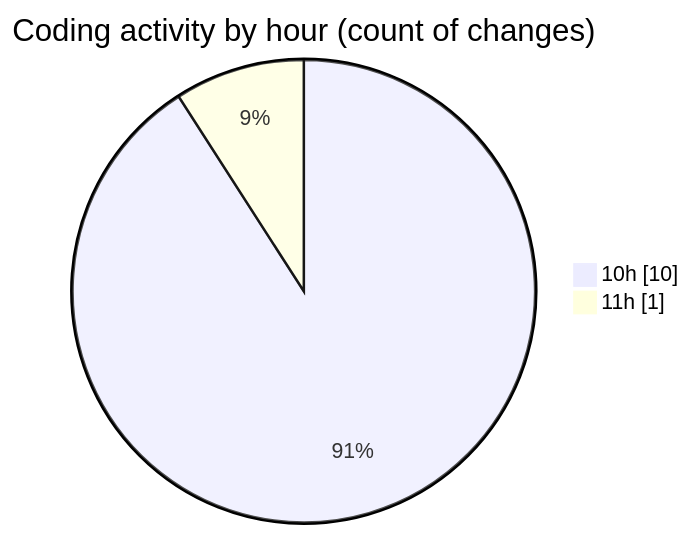
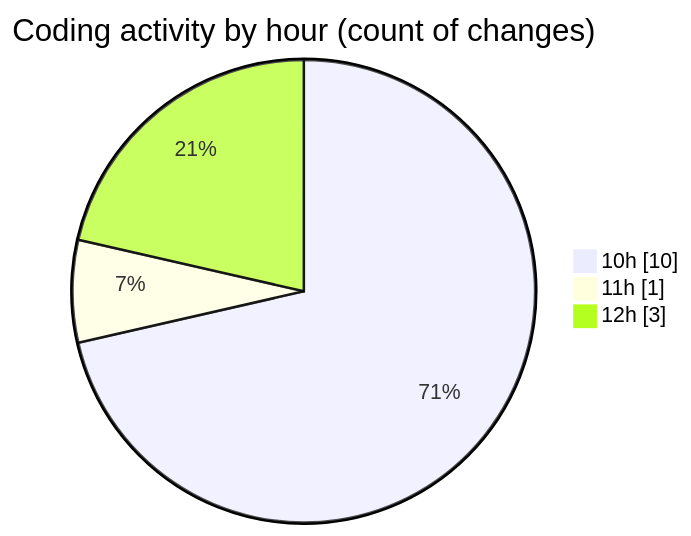
The second of 2 diagrams in 2025-11-04/web/README.md (LanceThiago/code-tracking), drawn with Mermaid before and after one commit. The commit also changed other lines of this file and 1 other file, not shown here.

````diff
--- a/2025-11-04/web/README.md
+++ b/2025-11-04/web/README.md
@@ -36,6 +37,7 @@
 ```mermaid
 pie showData
 title Coding activity by hour (count of changes)
 "10h" : 10
 "11h" : 1
+"12h" : 3
 ```
````
